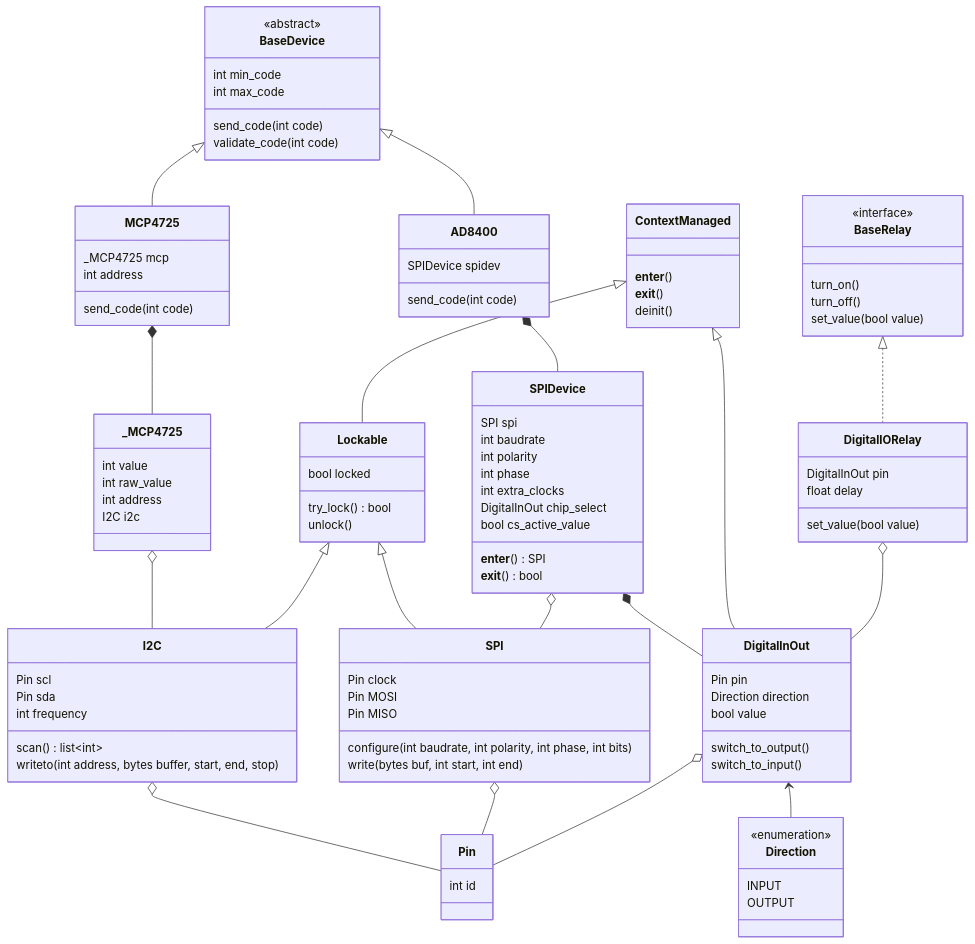
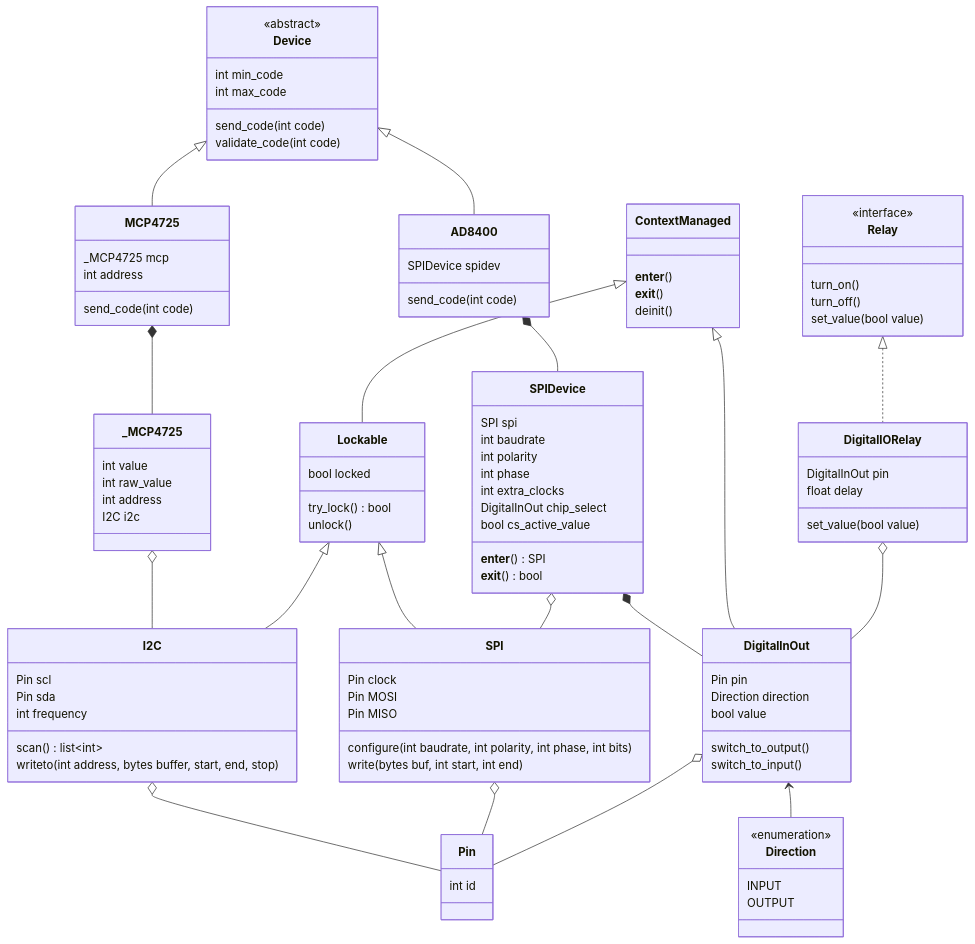
One commit to Marik28/dissertation changed the first of 6 diagrams in data/diagrams/диаграмма классов.md. Above: the diagram before and after it, drawn with Mermaid. The commit also changed other lines of this file and 19 other files, not shown here.

````diff
--- a/data/diagrams/диаграмма классов.md
+++ b/data/diagrams/диаграмма классов.md
@@ -5,6 +5,6 @@
 ```mermaid
 classDiagram
-    class BaseDevice {
+    class Device {
         <<abstract>>
         int min_code
         int max_code
@@ -23,7 +23,7 @@
         send_code(int code)
     }
     
-    class BaseRelay {
+    class Relay {
     <<interface>>
         turn_on()
         turn_off()
@@ -105,15 +105,15 @@
     Lockable <|-- I2C
     Lockable <|-- SPI
     ContextManaged <|-- Lockable
-    BaseDevice <|-- AD8400
-    BaseDevice <|-- MCP4725
+    Device <|-- AD8400
+    Device <|-- MCP4725
     DigitalInOut <-- Direction 
     AD8400 *-- SPIDevice
     SPIDevice o-- SPI
     SPIDevice *-- DigitalInOut
     ContextManaged <|-- DigitalInOut
     MCP4725 *-- _MCP4725
-    BaseRelay <|.. DigitalIORelay
+    Relay <|.. DigitalIORelay
     DigitalIORelay o-- DigitalInOut
     I2C o-- Pin
     SPI o-- Pin
````
